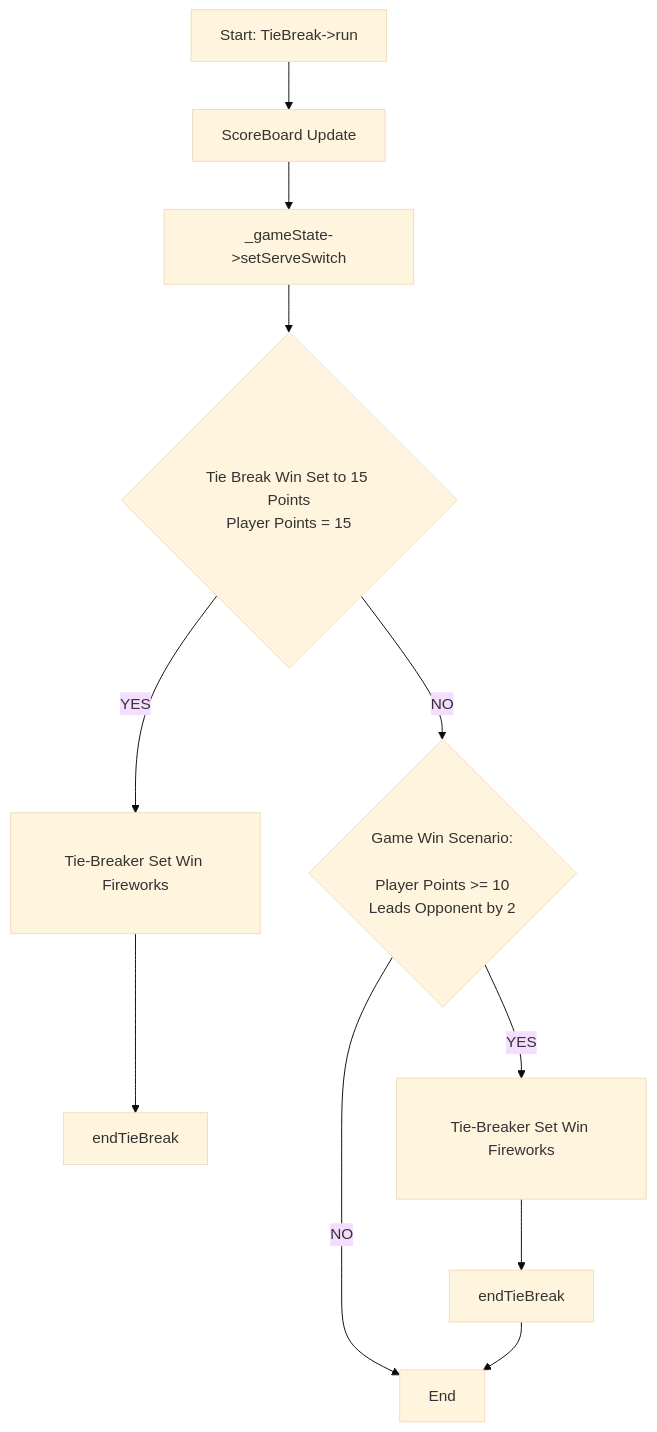
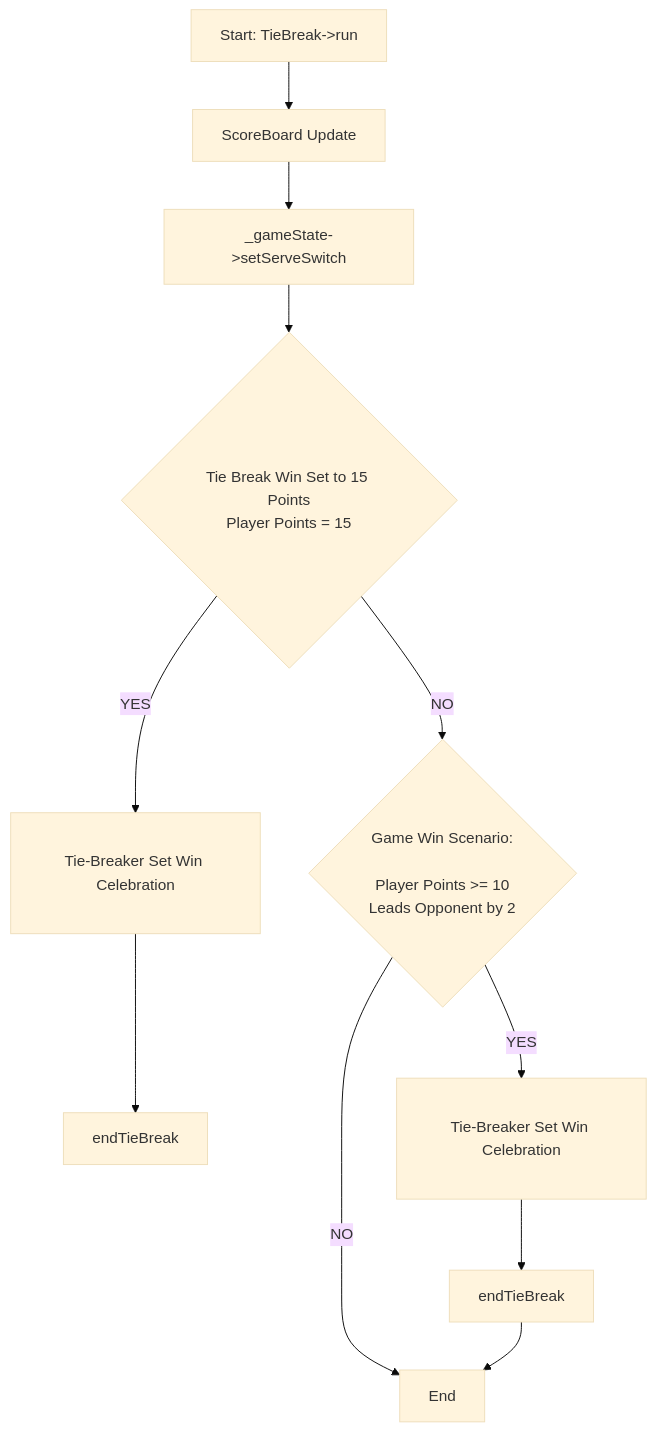
One commit to EGAdams/SMOL_AI changed the diagram in tennis_unit_tests/TieBreaker/mode1TBP1Games_Flowchart.md. Above: the diagram before and after it, drawn with Mermaid (base theme). The commit also changed other lines of this file and 1 other file, not shown here.

Commit message:
update document with new tie-breaker.run() code

````diff
--- a/tennis_unit_tests/TieBreaker/mode1TBP1Games_Flowchart.md
+++ b/tennis_unit_tests/TieBreaker/mode1TBP1Games_Flowchart.md
@@ -12,26 +12,26 @@
 ```mermaid
 graph TD
 
 start[Start: TieBreak->run]
 scoreboardUpdate[ ScoreBoard Update ]
 serveSwitch[_gameState->setServeSwitch]
 decision1{ \nTie Break Win Set to 15 Points\nPlayer Points = 15\n\n}
-p1TBSetWinSequence1[ \nTie-Breaker Set Win Fireworks\n\n ]
+p1TBSetWinSequence1[ \nTie-Breaker Set Win Celebration\n\n ]
 endTieBreak1[endTieBreak]
 decision3{ Game Win Scenario:\n\nPlayer Points >= 10 \nLeads Opponent by 2\n}
-p1TBSetWinSequence2[ \nTie-Breaker Set Win Fireworks\n\n ]
+p1TBSetWinSequence2[ \nTie-Breaker Set Win Celebration\n\n ]
 endTieBreak2[endTieBreak]
 
 start --> scoreboardUpdate
 scoreboardUpdate --> serveSwitch
 serveSwitch --> decision1
 decision1 -- YES --> p1TBSetWinSequence1
 decision1 -- NO --> decision3
 p1TBSetWinSequence1 --> endTieBreak1
 decision3 -- YES --> p1TBSetWinSequence2
 decision3 -- NO --> end1
 p1TBSetWinSequence2 --> endTieBreak2
 endTieBreak2 --> end1
 
 end1[End]
 ```
````
